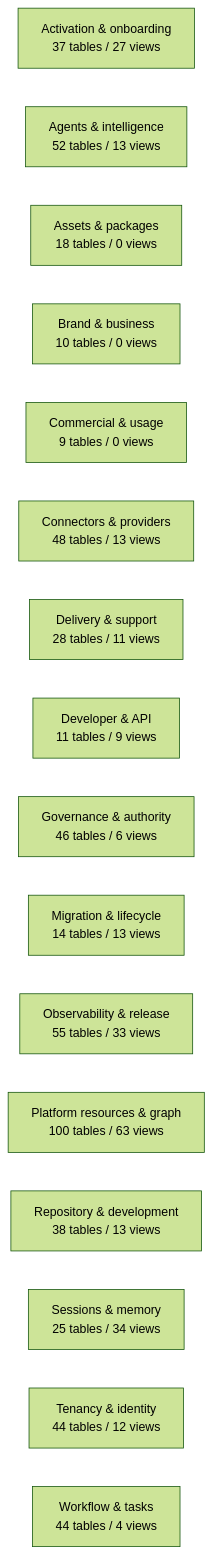
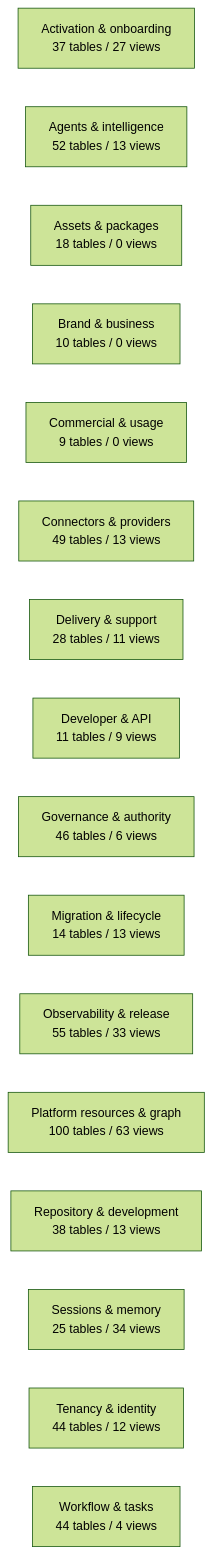
The diagram in docs/work-maps/data-model-domain-map.md (mad4bdigital-ai/multi-business-multi-role-growth-intelligence-os), drawn with Mermaid (forest theme) before and after one commit. The commit also changed other lines of this file and 61 other files, not shown here.

````diff
--- a/docs/work-maps/data-model-domain-map.md
+++ b/docs/work-maps/data-model-domain-map.md
@@ -9,19 +9,19 @@
 ```mermaid
 flowchart LR
   n_Activation___onboarding["Activation & onboarding<br/>37 tables / 27 views"]
   n_Agents___intelligence["Agents & intelligence<br/>52 tables / 13 views"]
   n_Assets___packages["Assets & packages<br/>18 tables / 0 views"]
   n_Brand___business["Brand & business<br/>10 tables / 0 views"]
   n_Commercial___usage["Commercial & usage<br/>9 tables / 0 views"]
-  n_Connectors___providers["Connectors & providers<br/>48 tables / 13 views"]
+  n_Connectors___providers["Connectors & providers<br/>49 tables / 13 views"]
   n_Delivery___support["Delivery & support<br/>28 tables / 11 views"]
   n_Developer___API["Developer & API<br/>11 tables / 9 views"]
   n_Governance___authority["Governance & authority<br/>46 tables / 6 views"]
   n_Migration___lifecycle["Migration & lifecycle<br/>14 tables / 13 views"]
   n_Observability___release["Observability & release<br/>55 tables / 33 views"]
   n_Platform_resources___graph["Platform resources & graph<br/>100 tables / 63 views"]
   n_Repository___development["Repository & development<br/>38 tables / 13 views"]
   n_Sessions___memory["Sessions & memory<br/>25 tables / 34 views"]
   n_Tenancy___identity["Tenancy & identity<br/>44 tables / 12 views"]
   n_Workflow___tasks["Workflow & tasks<br/>44 tables / 4 views"]
 ```
````
